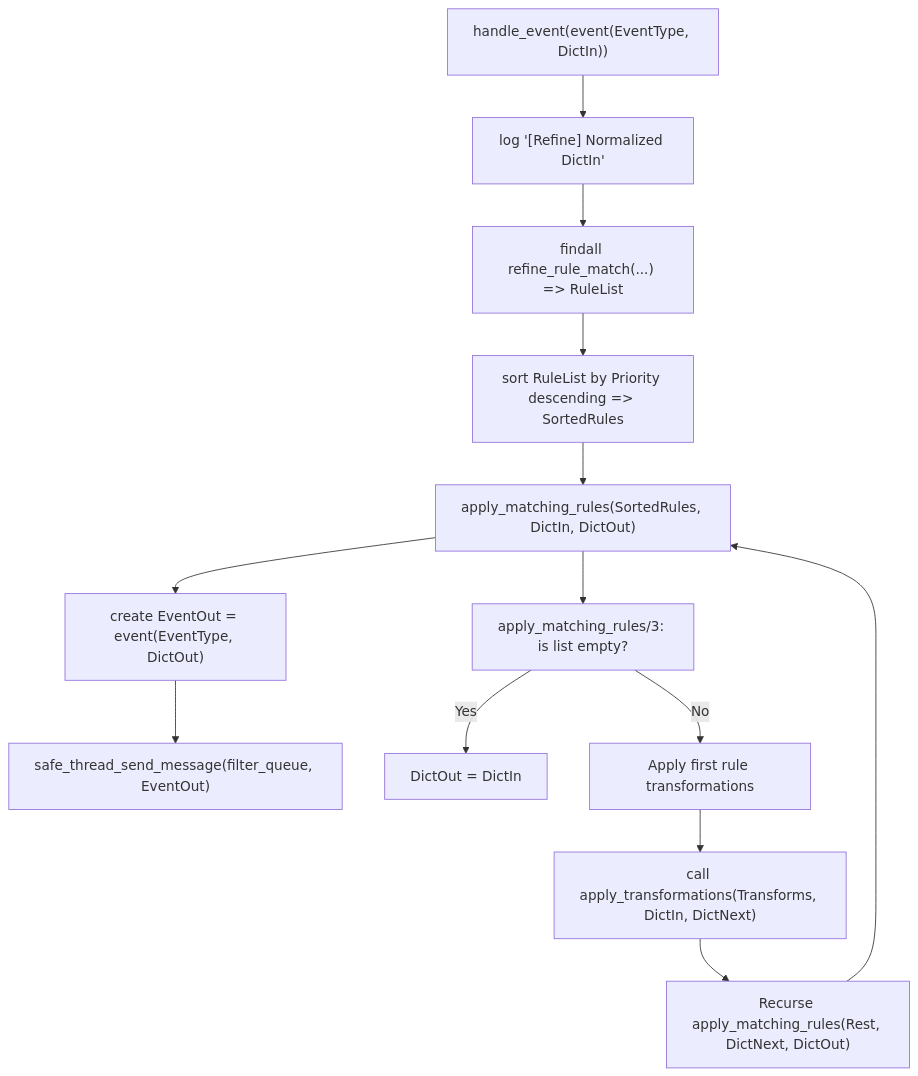
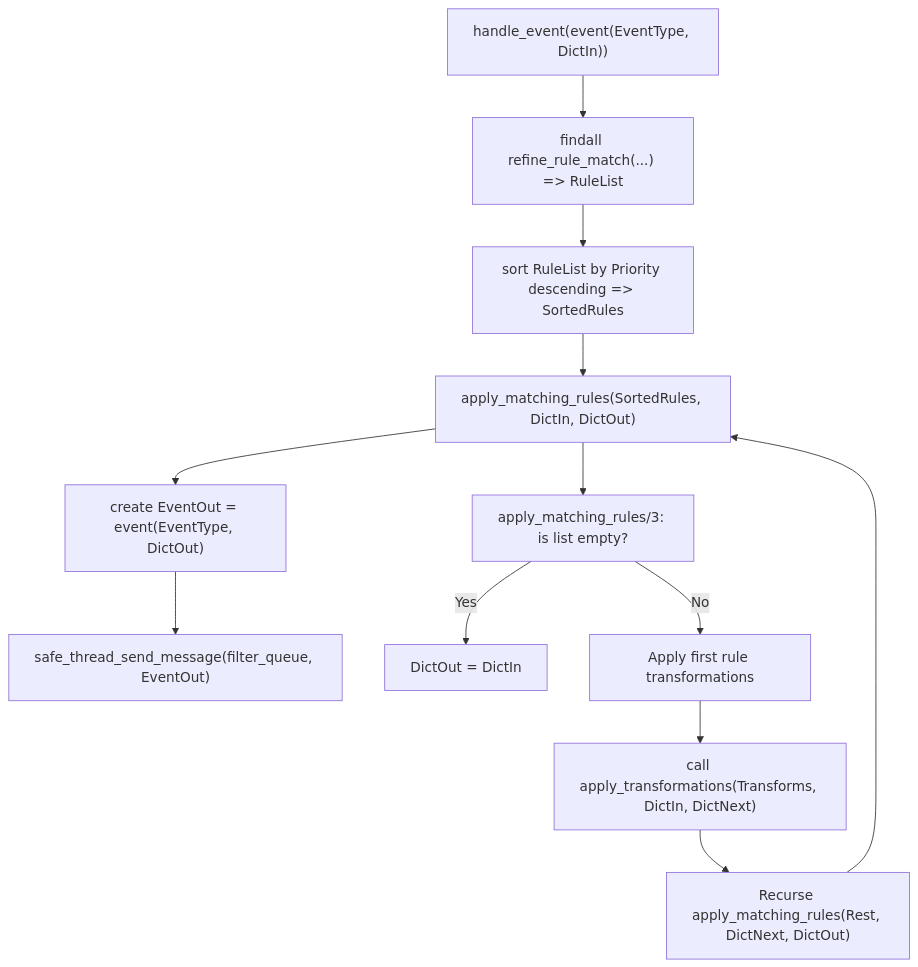
One commit to clickpaddle/clickceler changed the diagram in doc/Throttle_workflow/refine.md. Above: the diagram before and after it, drawn with Mermaid.

````diff
--- a/doc/Throttle_workflow/refine.md
+++ b/doc/Throttle_workflow/refine.md
@@ -1,20 +1,19 @@
 ```mermaid
 flowchart TD
-    A["handle_event(event(EventType, DictIn))"] --> B["log '[Refine] Normalized DictIn'"]
-    B --> C["findall refine_rule_match(...) => RuleList"]
+    A["handle_event(event(EventType, DictIn))"] --> C["findall refine_rule_match(...) => RuleList"]
     C --> E["sort RuleList by Priority descending => SortedRules"]
     E --> G["apply_matching_rules(SortedRules, DictIn, DictOut)"]
     G --> I["create EventOut = event(EventType, DictOut)"]
     I --> L["safe_thread_send_message(filter_queue, EventOut)"]
 
     %% Details of apply_matching_rules integrated into main flow
     G --> M1["apply_matching_rules/3: is list empty?"]
     M1 -- Yes --> M2["DictOut = DictIn"]
     M1 -- No --> M3["Apply first rule transformations"]
     M3 --> M4["call apply_transformations(Transforms, DictIn, DictNext)"]
     M4 --> M5["Recurse apply_matching_rules(Rest, DictNext, DictOut)"]
     M5 --> G
 
 
 
 ```
````
